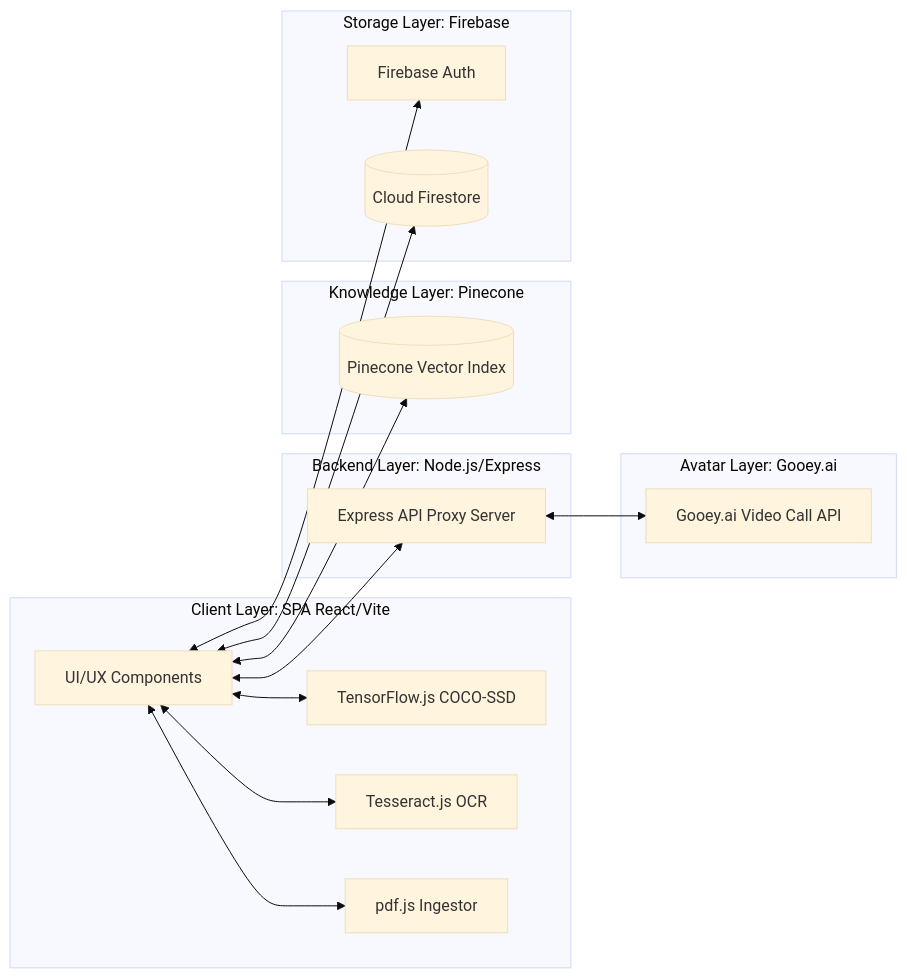
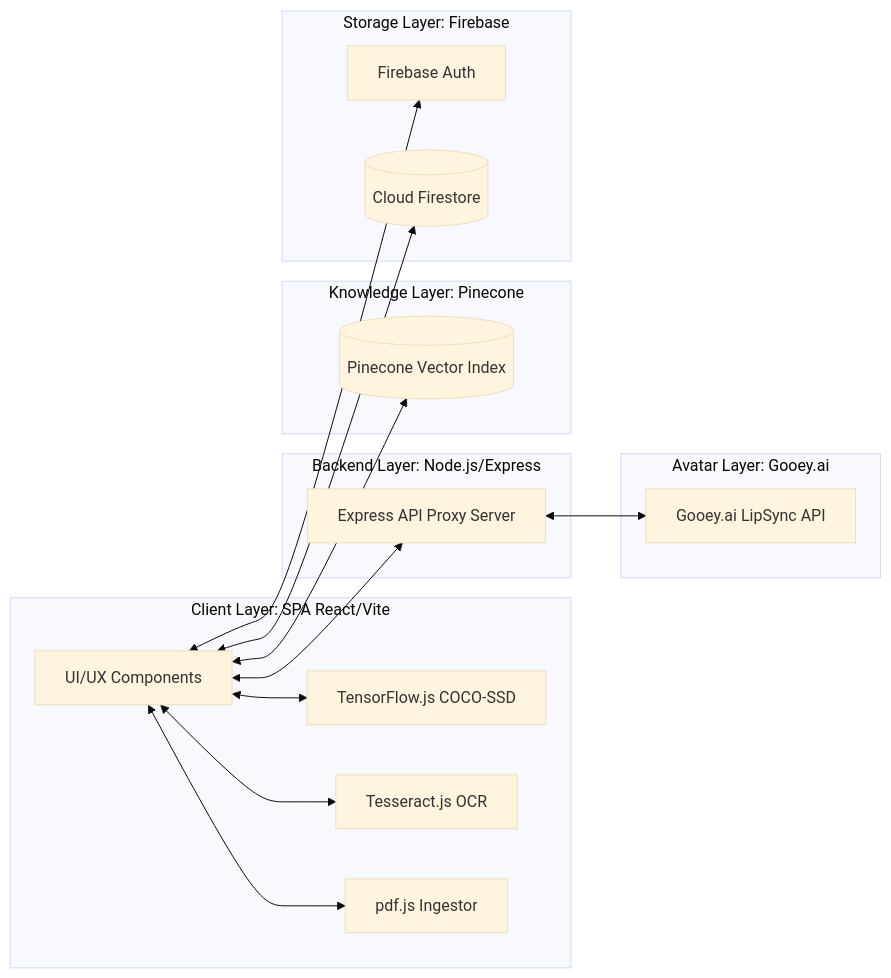
The second of 2 diagrams in README.md (viv2005ek/ThreadAi-RealTimeAiVideoCall), drawn with Mermaid (base theme) before and after one commit. The commit also changed other lines of this file and 1 other file, not shown here.

````diff
--- a/README.md
+++ b/README.md
@@ -161,38 +161,38 @@
 ```mermaid
 graph LR
     subgraph Frontend [Client Layer: SPA React/Vite]
         UI[UI/UX Components]
         TFlow[TensorFlow.js COCO-SSD]
         Tess[Tesseract.js OCR]
         PDF[pdf.js Ingestor]
     end
 
     subgraph Backend [Backend Layer: Node.js/Express]
         Proxy[Express API Proxy Server]
     end
 
     subgraph Knowledge [Knowledge Layer: Pinecone]
         Pcone[(Pinecone Vector Index)]
     end
 
     subgraph Storage [Storage Layer: Firebase]
         FAuth[Firebase Auth]
         FStore[(Cloud Firestore)]
     end
 
     subgraph Avatar [Avatar Layer: Gooey.ai]
-        Gooey[Gooey.ai Video Call API]
+        Gooey[Gooey.ai LipSync API]
     end
 
     %% Client Connections
     UI <--> TFlow
     UI <--> Tess
     UI <--> PDF
     UI <--> FAuth
     UI <--> FStore
     UI <--> Pcone
     
     %% Backend Proxies
     UI <--> Proxy
     Proxy <--> Gooey
 ```
````
